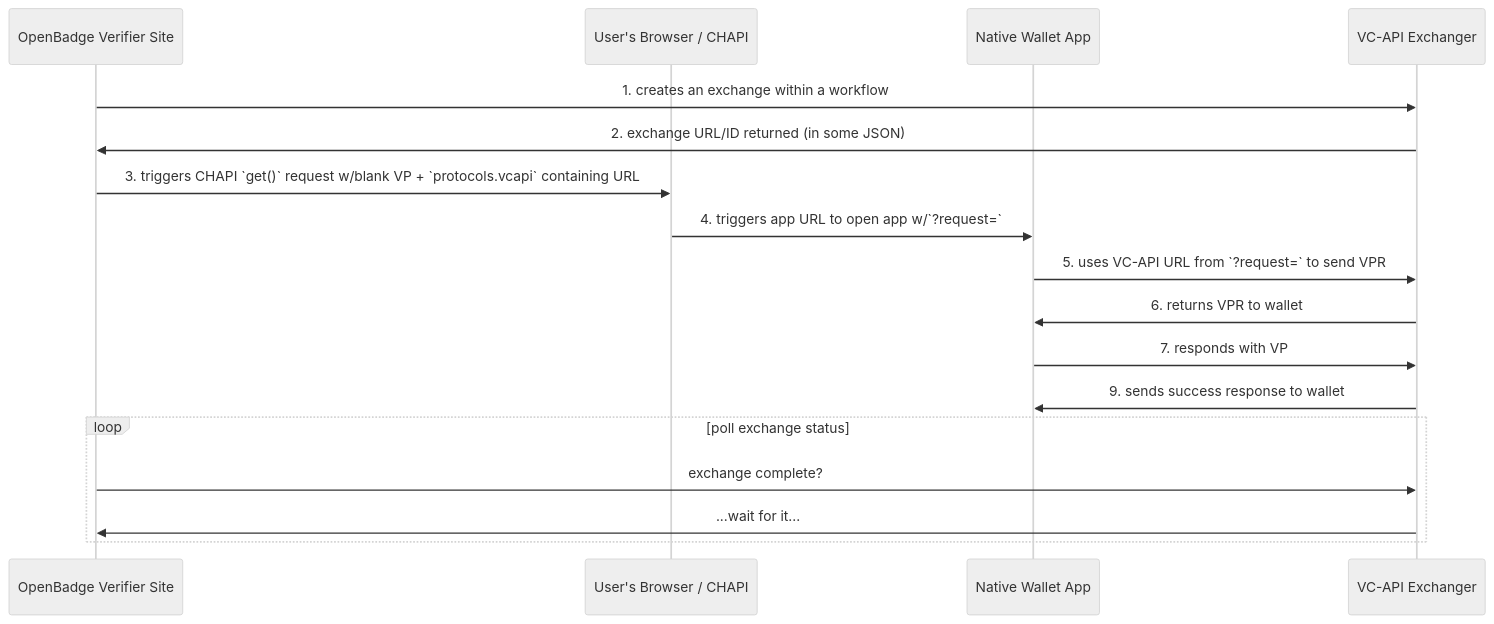
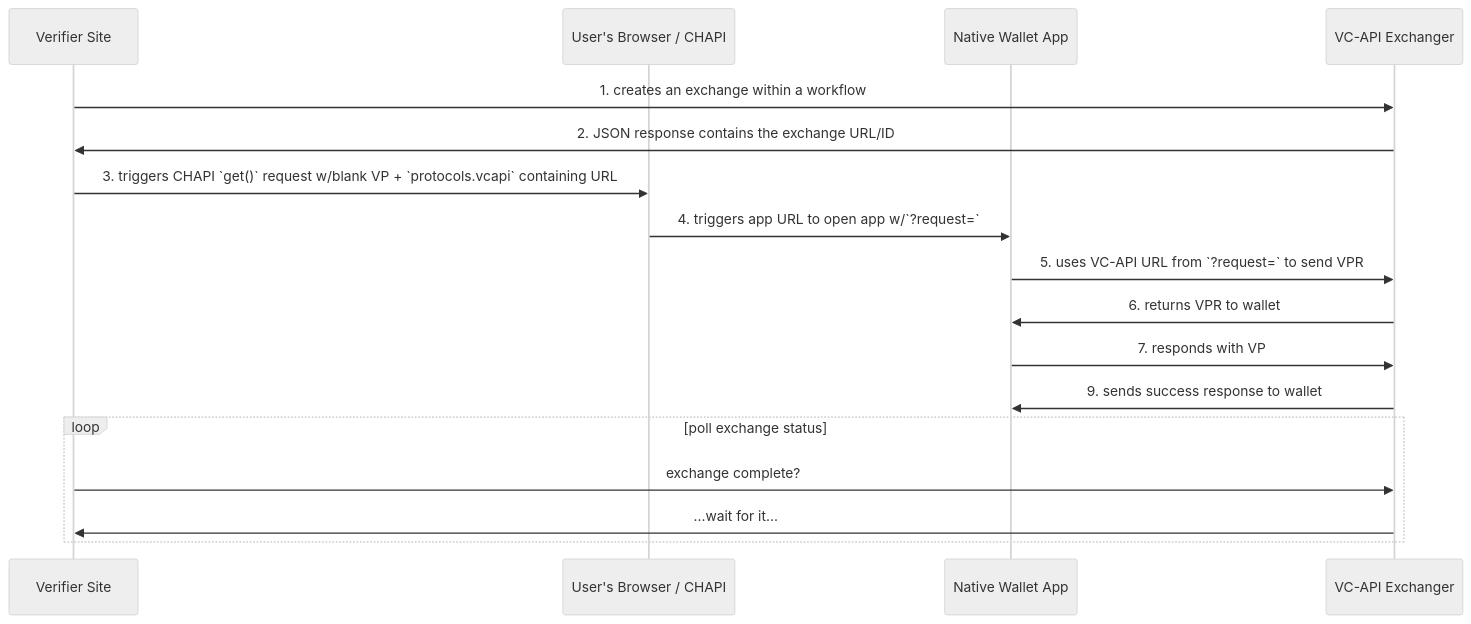
Before and after one commit to credential-handler/chapi.io: the diagram in developers/wallets/native/index.md, drawn with Mermaid (neutral theme). The commit also changed other lines of this file, not shown here.

Commit message:
Remove placeholder text; improve chart a bit.

```diff
--- a/developers/wallets/native/index.md
+++ b/developers/wallets/native/index.md
@@ -242,23 +239,23 @@
 {% mermaid %}
 sequenceDiagram
-  # User visits Relying Party website and clicks something. Then this happens...
+  # User visits a Verifier's website and interacts with it to trigger a verification
 
-  participant site as OpenBadge Verifier Site
+  participant site as Verifier Site
   participant chapi as User's Browser / CHAPI
   participant app as Native Wallet App
   participant exchanger as VC-API Exchanger
 
   site ->> exchanger: 1. creates an exchange within a workflow
-  exchanger ->> site: 2. exchange URL/ID returned (in some JSON)
+  exchanger ->> site: 2. JSON response contains the exchange URL/ID
   site ->> chapi: 3. triggers CHAPI `get()` request w/blank VP + `protocols.vcapi` containing URL
   chapi ->> app: 4. triggers app URL to open app w/`?request=`
   app ->> exchanger: 5. uses VC-API  URL from `?request=` to send VPR
   exchanger ->> app: 6. returns VPR to wallet
   app ->> exchanger: 7. responds with VP
   exchanger ->> app: 9. sends success response to wallet
   # Webhooks here maybe?
   loop poll exchange status
     site ->> exchanger: exchange complete?
     exchanger ->> site: ...wait for it...
   end
 {% endmermaid %}
```
